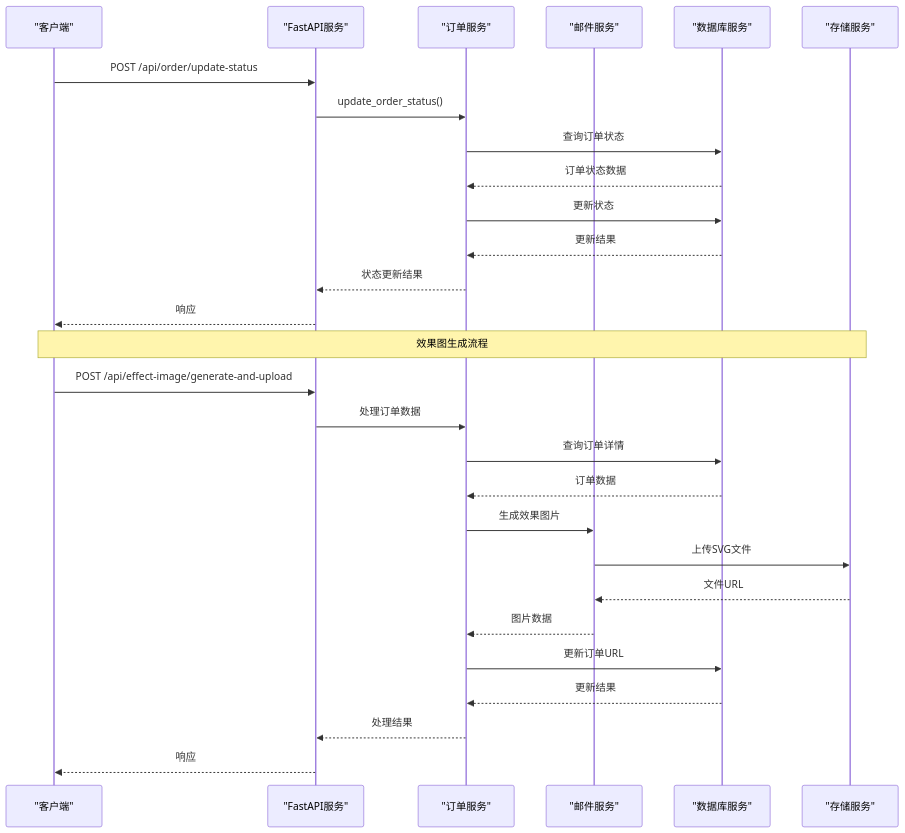
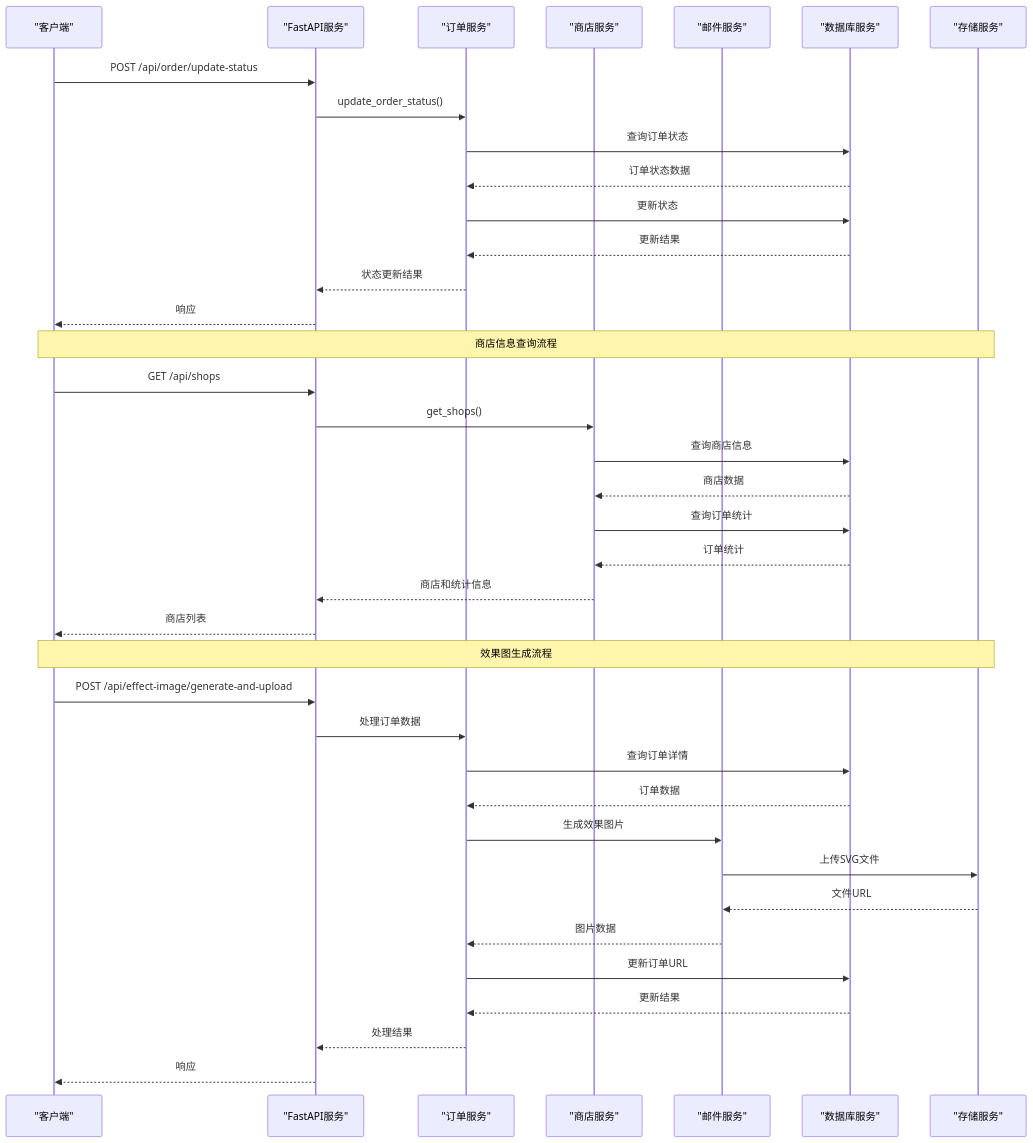
The third of 11 diagrams in .qoder/repowiki/zh/content/开发指南/订单处理工作流增强.md (SY6621/POD-Order-Management), drawn with Mermaid before and after one commit. The commit also changed other lines of this file and 16 other files, not shown here.

````diff
--- a/.qoder/repowiki/zh/content/开发指南/订单处理工作流增强.md
+++ b/.qoder/repowiki/zh/content/开发指南/订单处理工作流增强.md
@@ -177,30 +211,40 @@
 ```mermaid
 sequenceDiagram
 participant Client as "客户端"
 participant API as "FastAPI服务"
 participant OrderSvc as "订单服务"
+participant ShopSvc as "商店服务"
 participant EmailSvc as "邮件服务"
 participant DB as "数据库服务"
 participant Storage as "存储服务"
 Client->>API : POST /api/order/update-status
 API->>OrderSvc : update_order_status()
 OrderSvc->>DB : 查询订单状态
 DB-->>OrderSvc : 订单状态数据
 OrderSvc->>DB : 更新状态
 DB-->>OrderSvc : 更新结果
 OrderSvc-->>API : 状态更新结果
 API-->>Client : 响应
+Note over Client,Storage : 商店信息查询流程
+Client->>API : GET /api/shops
+API->>ShopSvc : get_shops()
+ShopSvc->>DB : 查询商店信息
+DB-->>ShopSvc : 商店数据
+ShopSvc->>DB : 查询订单统计
+DB-->>ShopSvc : 订单统计
+ShopSvc-->>API : 商店和统计信息
+API-->>Client : 商店列表
 Note over Client,Storage : 效果图生成流程
 Client->>API : POST /api/effect-image/generate-and-upload
 API->>OrderSvc : 处理订单数据
 OrderSvc->>DB : 查询订单详情
 DB-->>OrderSvc : 订单数据
 OrderSvc->>EmailSvc : 生成效果图片
 EmailSvc->>Storage : 上传SVG文件
 Storage-->>EmailSvc : 文件URL
 EmailSvc-->>OrderSvc : 图片数据
 OrderSvc->>DB : 更新订单URL
 DB-->>OrderSvc : 更新结果
 OrderSvc-->>API : 处理结果
 API-->>Client : 响应
 ```
````
